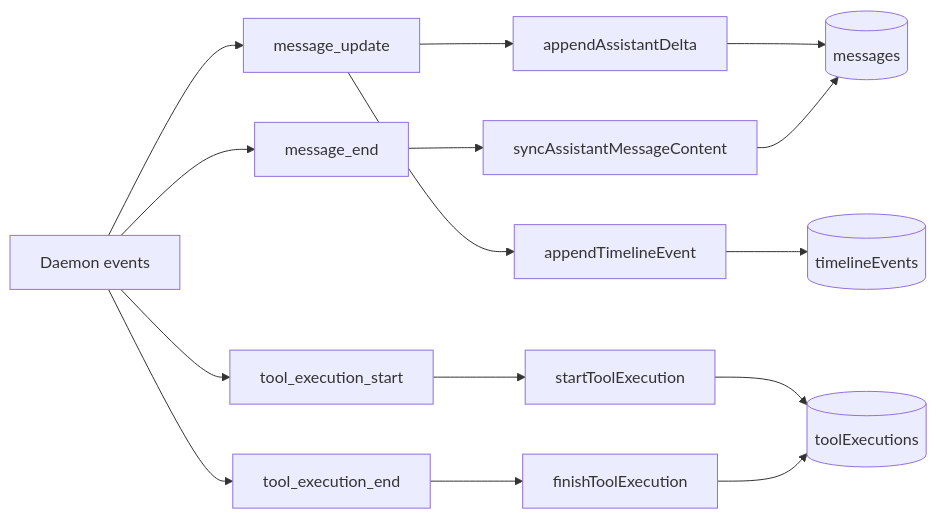
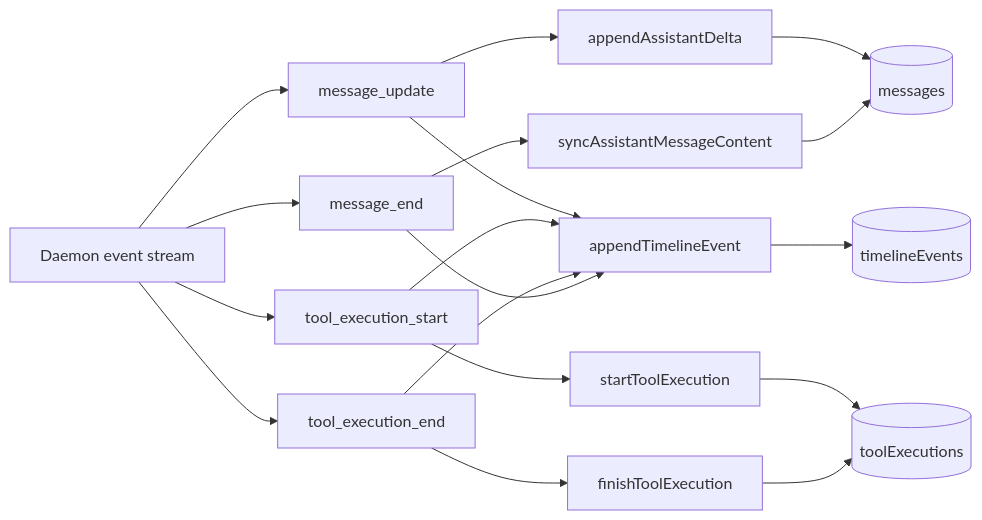
Before and after one commit to AN-SWAPNIL/AgenticAI-Assignment: the sixth of 8 diagrams in README.md, drawn with Mermaid. The commit also changed other lines of this file and 1 other file, not shown here.

````diff
--- a/README.md
+++ b/README.md
@@ -180,19 +218,23 @@
 ```mermaid
 flowchart LR
-  AGENT[Daemon events] --> E1[message_update]
-  AGENT --> E2[tool_execution_start]
-  AGENT --> E3[tool_execution_end]
-  AGENT --> E4[message_end]
+  AGENT["Daemon event stream"]
+  AGENT --> E1["message_update"]
+  AGENT --> E2["tool_execution_start"]
+  AGENT --> E3["tool_execution_end"]
+  AGENT --> E4["message_end"]
 
-  E1 --> M1[appendAssistantDelta]
-  E1 --> M2[appendTimelineEvent]
-  E2 --> M3[startToolExecution]
-  E3 --> M4[finishToolExecution]
-  E4 --> M5[syncAssistantMessageContent]
+  E1 --> M1["appendAssistantDelta"]
+  E1 --> M2["appendTimelineEvent"]
+  E2 --> M3["startToolExecution"]
+  E2 --> M2
+  E3 --> M4["finishToolExecution"]
+  E3 --> M2
+  E4 --> M5["syncAssistantMessageContent"]
+  E4 --> M2
 
-  M1 --> DB1[(messages)]
-  M3 --> DB2[(toolExecutions)]
+  M1 --> DB1[("messages")]
+  M3 --> DB2[("toolExecutions")]
   M4 --> DB2
-  M2 --> DB3[(timelineEvents)]
+  M2 --> DB3[("timelineEvents")]
   M5 --> DB1
 ```
````
